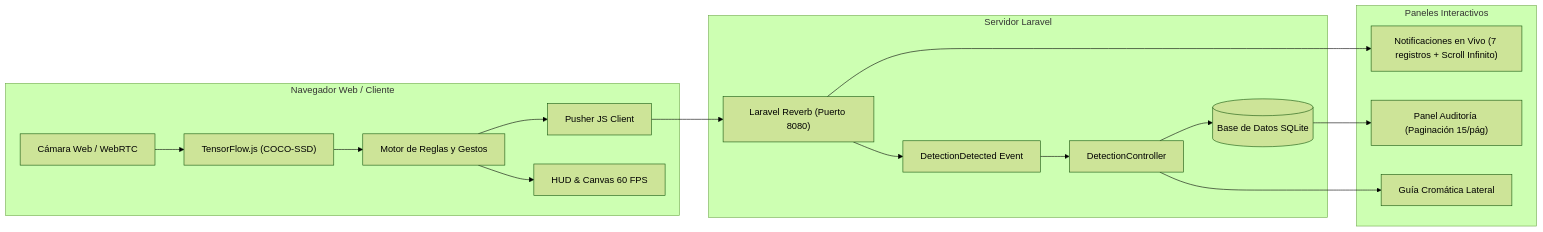
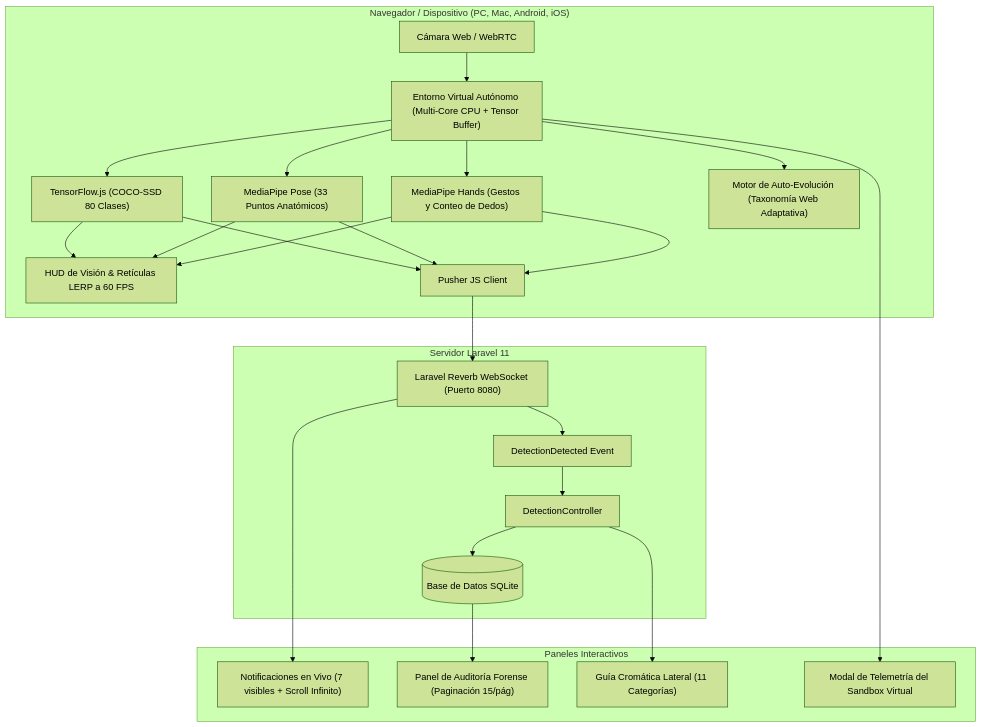
Before and after one commit to MiguelCarlosRojas/dbComputech: the diagram in README.md, drawn with Mermaid (forest theme). The commit also changed other lines of this file and 5 other files, not shown here.

````diff
--- a/README.md
+++ b/README.md
@@ -34,22 +36,26 @@
 ```mermaid
-graph LR
-    subgraph Cliente ["Navegador Web / Cliente"]
-        CAM["Cámara Web / WebRTC"] --> TF["TensorFlow.js (COCO-SSD)"]
-        TF --> ENGINE["Motor de Reglas y Gestos"]
-        ENGINE --> PUSHER["Pusher JS Client"]
-        ENGINE --> HUD["HUD & Canvas 60 FPS"]
+graph TD
+    subgraph Cliente ["Navegador / Dispositivo (PC, Mac, Android, iOS)"]
+        CAM["Cámara Web / WebRTC"] --> VENV["Entorno Virtual Autónomo (Multi-Core CPU + Tensor Buffer)"]
+        VENV --> TF["TensorFlow.js (COCO-SSD 80 Clases)"]
+        VENV --> MP_POSE["MediaPipe Pose (33 Puntos Anatómicos)"]
+        VENV --> MP_HANDS["MediaPipe Hands (Gestos y Conteo de Dedos)"]
+        VENV --> EVO["Motor de Auto-Evolución (Taxonomía Web Adaptativa)"]
+        TF & MP_POSE & MP_HANDS --> HUD["HUD de Visión & Retículas LERP a 60 FPS"]
+        TF & MP_POSE & MP_HANDS --> PUSHER["Pusher JS Client"]
     end
 
-    subgraph Backend ["Servidor Laravel"]
-        PUSHER --> REVERB["Laravel Reverb (Puerto 8080)"]
+    subgraph Backend ["Servidor Laravel 11"]
+        PUSHER --> REVERB["Laravel Reverb WebSocket (Puerto 8080)"]
         REVERB --> EVENT["DetectionDetected Event"]
         EVENT --> CONTROLLER["DetectionController"]
         CONTROLLER --> DB[("Base de Datos SQLite")]
     end
 
     subgraph Interfaz ["Paneles Interactivos"]
-        REVERB --> FEED["Notificaciones en Vivo (7 registros + Scroll Infinito)"]
-        DB --> DRAWER_R["Panel Auditoría (Paginación 15/pág)"]
-        CONTROLLER --> DRAWER_L["Guía Cromática Lateral"]
+        REVERB --> FEED["Notificaciones en Vivo (7 visibles + Scroll Infinito)"]
+        DB --> DRAWER_R["Panel de Auditoría Forense (Paginación 15/pág)"]
+        CONTROLLER --> DRAWER_L["Guía Cromática Lateral (11 Categorías)"]
+        VENV --> MODAL_V["Modal de Telemetría del Sandbox Virtual"]
     end
 ```
````
